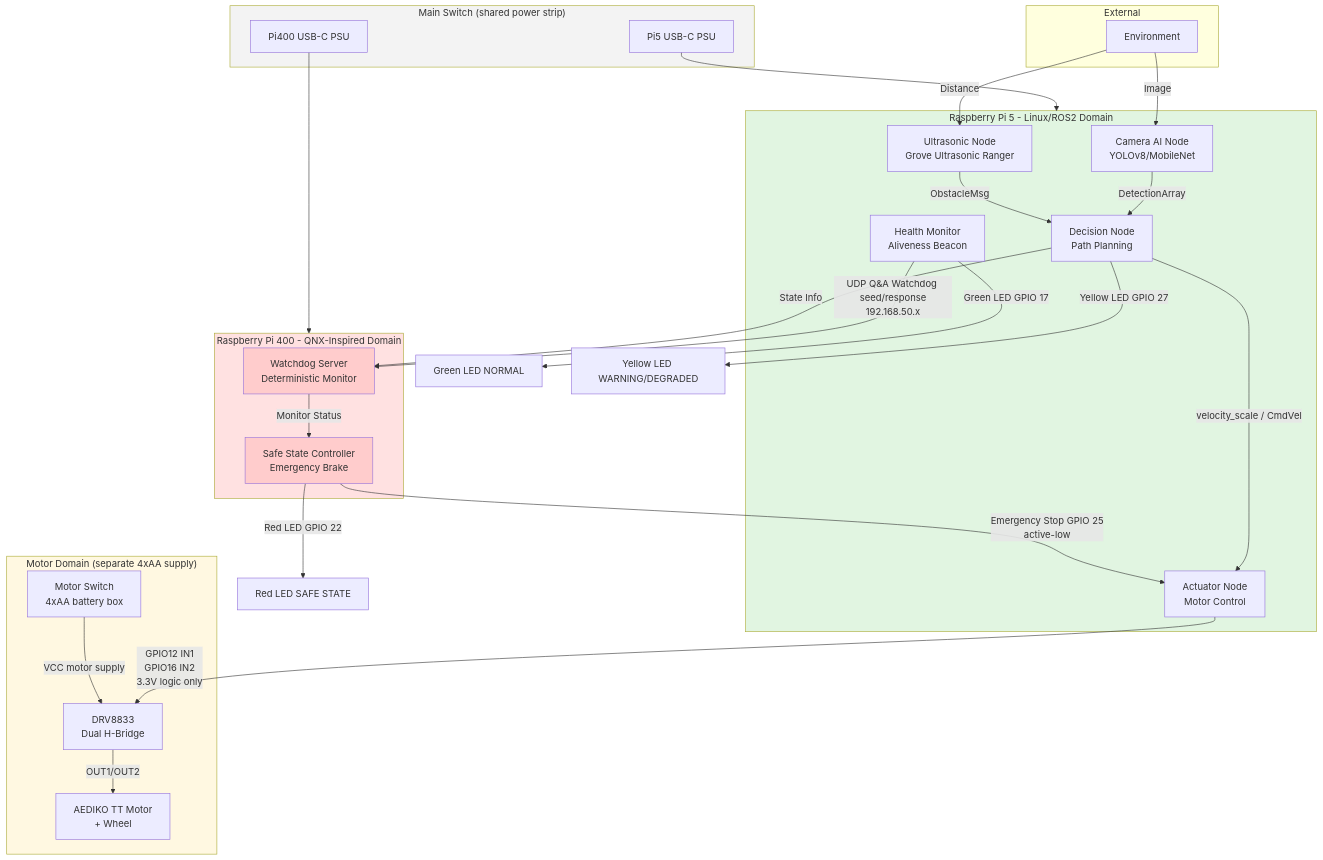
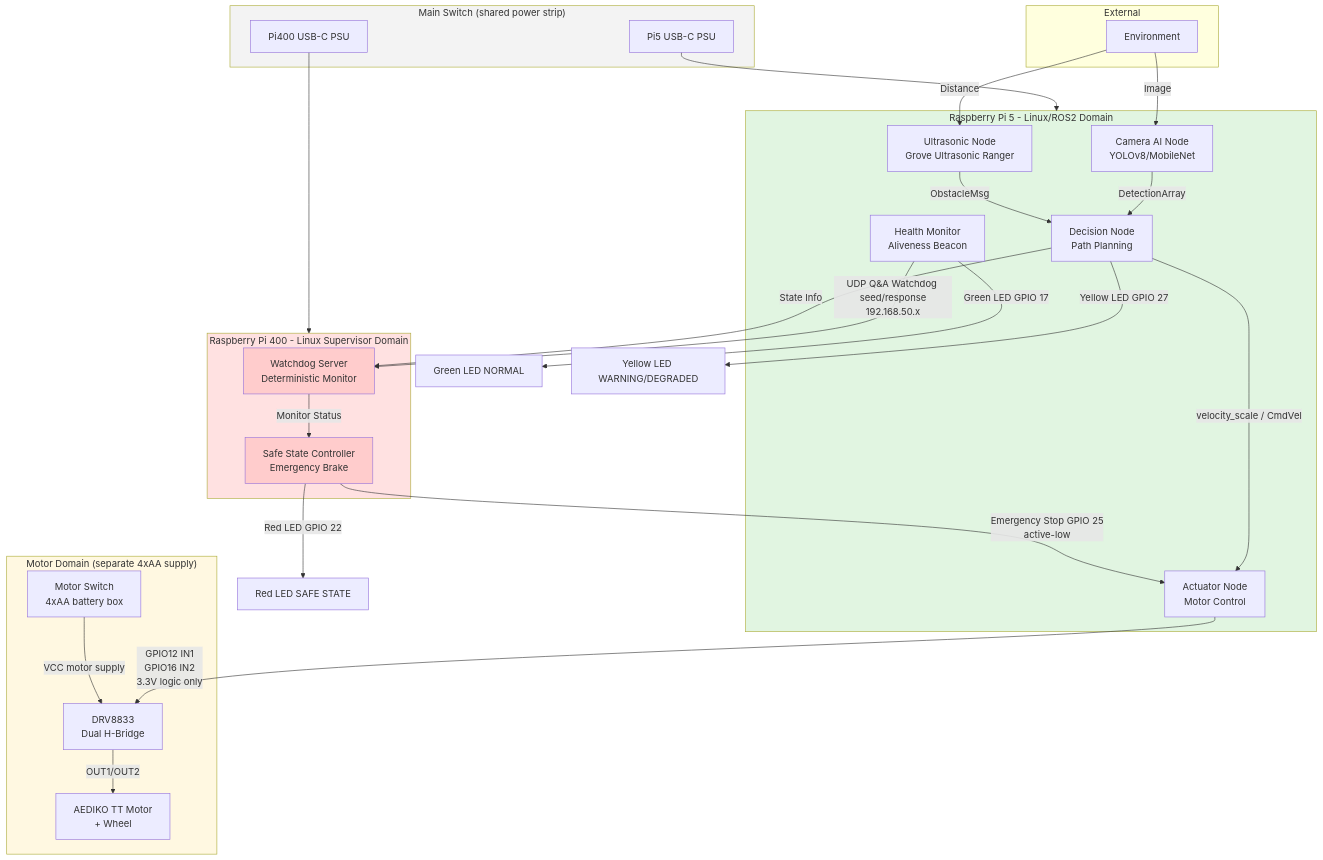
The first of 2 diagrams in docs/architecture.md (tipou82/safety-supervised-edge-ai-demo), drawn with Mermaid before and after one commit. The commit also changed other lines of this file and 19 other files, not shown here.

````diff
--- a/docs/architecture.md
+++ b/docs/architecture.md
@@ -37,56 +37,56 @@
 ```mermaid
 graph TB
     subgraph Pi5["Raspberry Pi 5 - Linux/ROS2 Domain"]
         Camera[Camera AI Node<br/>YOLOv8/MobileNet]
         Ultra[Ultrasonic Node<br/>Grove Ultrasonic Ranger]
         Decision[Decision Node<br/>Path Planning]
         Actuator[Actuator Node<br/>Motor Control]
         Health[Health Monitor<br/>Aliveness Beacon]
     end
 
-    subgraph Pi400["Raspberry Pi 400 - QNX-Inspired Domain"]
+    subgraph Pi400["Raspberry Pi 400 - Linux Supervisor Domain"]
         WDG[Watchdog Server<br/>Deterministic Monitor]
         SafeCtrl[Safe State Controller<br/>Emergency Brake]
     end
 
     subgraph MainSwitch["Main Switch (shared power strip)"]
         PSU5["Pi5 USB-C PSU"]
         PSU400["Pi400 USB-C PSU"]
     end
 
     subgraph MotorDomain["Motor Domain (separate 4xAA supply)"]
         MotorSwitch["Motor Switch\n4xAA battery box"]
         DRV["DRV8833\nDual H-Bridge"]
         TT["AEDIKO TT Motor\n+ Wheel"]
     end
 
     subgraph External
         Env[Environment]
     end
 
     PSU5 --> Pi5
     PSU400 --> Pi400
     Env -->|Image| Camera
     Env -->|Distance| Ultra
     Camera -->|DetectionArray| Decision
     Ultra -->|ObstacleMsg| Decision
     Decision -->|velocity_scale / CmdVel| Actuator
     Actuator -->|GPIO12 IN1\nGPIO16 IN2\n3.3V logic only| DRV
     MotorSwitch -->|VCC motor supply| DRV
     DRV -->|OUT1/OUT2| TT
 
     Health -->|UDP Q&A Watchdog seed/response\n192.168.50.x| WDG
     Decision -->|State Info| WDG
     WDG -->|Monitor Status| SafeCtrl
     SafeCtrl -->|Emergency Stop GPIO 25\nactive-low| Actuator
     SafeCtrl -->|Red LED GPIO 22| RedLED[Red LED SAFE STATE]
     Health -->|Green LED GPIO 17| GreenLED[Green LED NORMAL]
     Decision -->|Yellow LED GPIO 27| YellowLED[Yellow LED WARNING/DEGRADED]
 
     style Pi5 fill:#e1f5e1
     style Pi400 fill:#ffe1e1
     style WDG fill:#ffcccc
     style SafeCtrl fill:#ffcccc
     style MotorDomain fill:#fff8e1
     style MainSwitch fill:#f3f3f3
 ```
````
